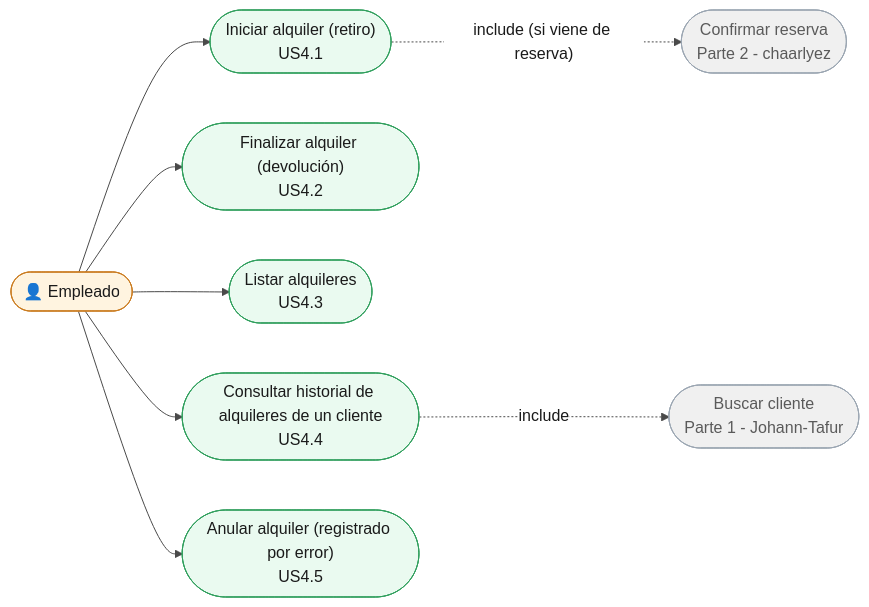
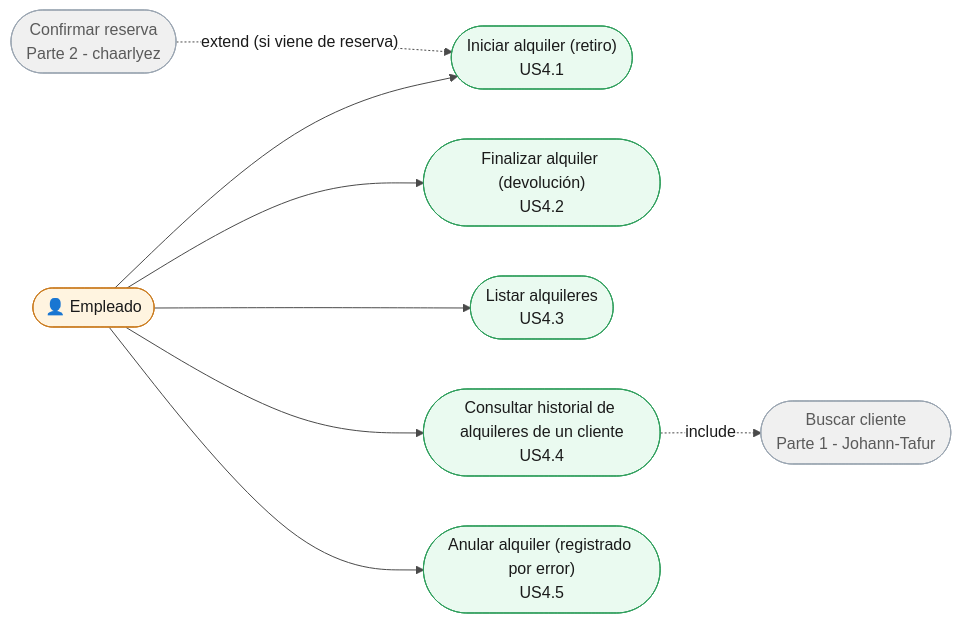
The diagram in docs/03-uml/fuentes/parte3-casos-de-uso-alquileres.mmd (chaarlyez/Sistema_de_alquiler_de_veh-culos), drawn with Mermaid before and after one commit. The commit also changed 4 other files, not shown here.

Commit message:
docs(uml): corregir include condicional a extend en UC35 → UC41 (parte 3)

```diff
--- a/docs/03-uml/fuentes/parte3-casos-de-uso-alquileres.mmd
+++ b/docs/03-uml/fuentes/parte3-casos-de-uso-alquileres.mmd
@@ -1,35 +1,35 @@
 %%{init: {'theme': 'base', 'themeVariables': {
   'background': '#ffffff',
   'primaryColor': '#ffffff',
   'primaryBorderColor': '#4a4a4a',
   'primaryTextColor': '#1a1a1a',
   'lineColor': '#4a4a4a',
   'textColor': '#1a1a1a'
 }}}%%
 flowchart LR
     Empleado(["👤 Empleado"])
 
     UC41(["Iniciar alquiler (retiro)<br/>US4.1"])
     UC42(["Finalizar alquiler (devolución)<br/>US4.2"])
     UC43(["Listar alquileres<br/>US4.3"])
     UC44(["Consultar historial de alquileres de un cliente<br/>US4.4"])
     UC45(["Anular alquiler (registrado por error)<br/>US4.5"])
 
     Empleado --> UC41
     Empleado --> UC42
     Empleado --> UC43
     Empleado --> UC44
     Empleado --> UC45
 
-    UC41 -.->|"include (si viene de reserva)"| UC35
+    UC35 -.->|"extend (si viene de reserva)"| UC41
     UC44 -.->|include| UC8
 
     UC35(["Confirmar reserva<br/>Parte 2 - chaarlyez"])
     UC8(["Buscar cliente<br/>Parte 1 - Johann-Tafur"])
 
     classDef actor fill:#fff4e0,stroke:#c97a1e,color:#1a1a1a
     classDef usecase fill:#eafaf0,stroke:#2f9e5c,color:#1a1a1a
     classDef other fill:#f0f0f0,stroke:#9aa5b1,color:#5a5a5a
     class Empleado actor
     class UC41,UC42,UC43,UC44,UC45 usecase
     class UC35,UC8 other
```
